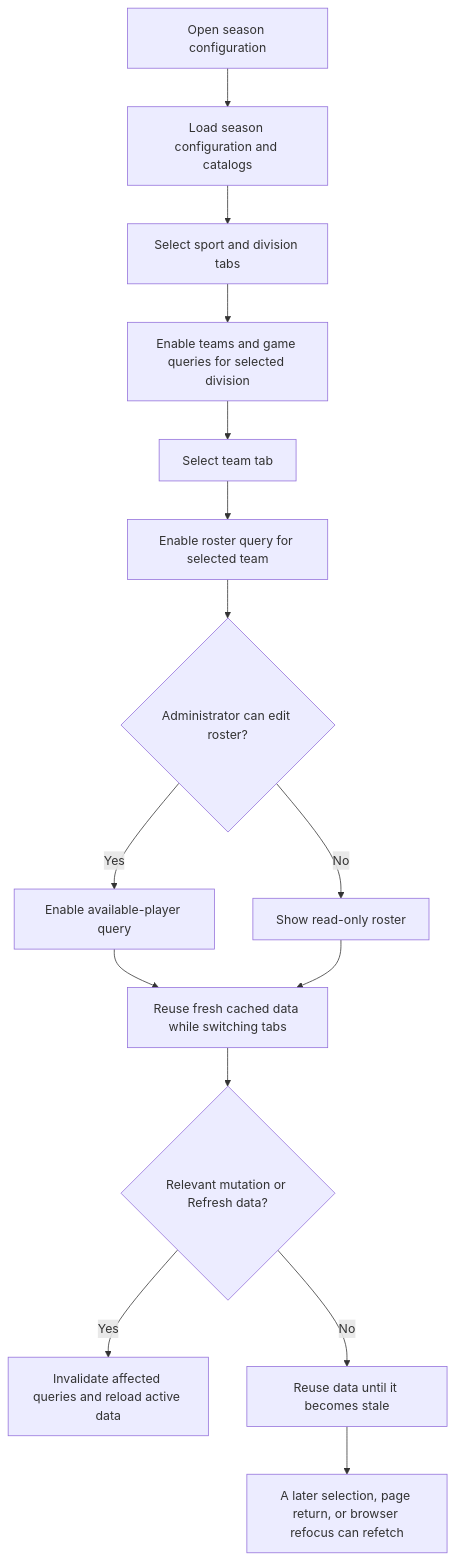
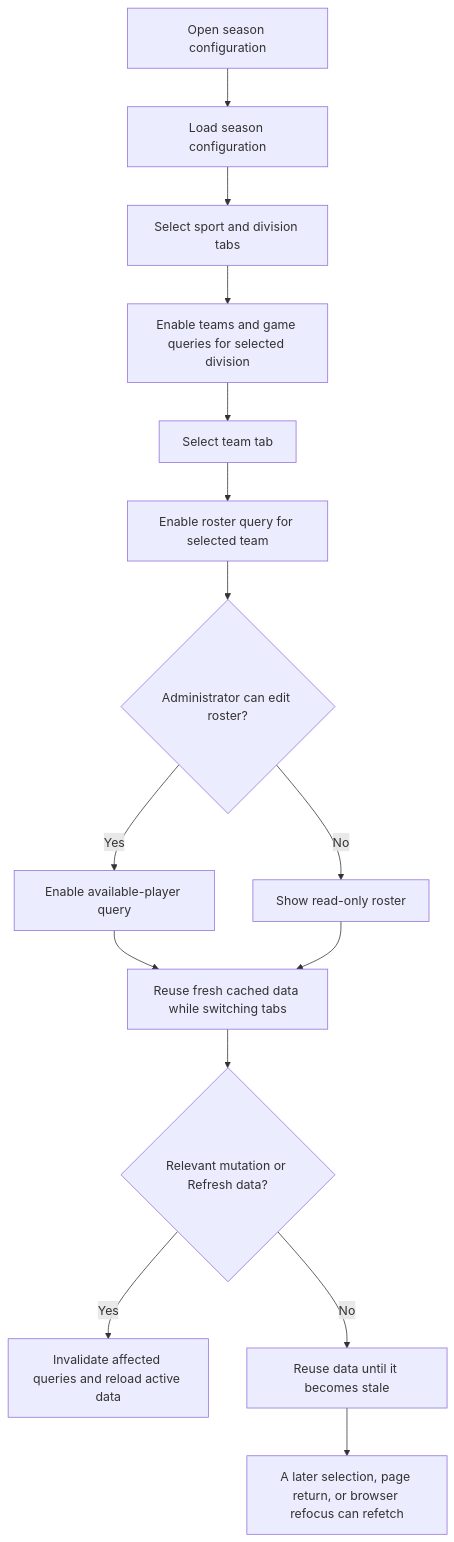
One commit to inamonanymous/BarangayLeagueSystem changed diagram 17 of 19 in docs/diagrams/system-feature-flowcharts.md. Above: the diagram before and after it, drawn with Mermaid. The commit also changed other lines of this file and 108 other files, not shown here.

````diff
--- a/docs/diagrams/system-feature-flowcharts.md
+++ b/docs/diagrams/system-feature-flowcharts.md
@@ -409,17 +406,17 @@
 ```mermaid
 flowchart TD
-    A["Open season configuration"] --> B["Load season configuration and catalogs"]
+    A["Open season configuration"] --> B["Load season configuration"]
     B --> C["Select sport and division tabs"]
     C --> D["Enable teams and game queries for selected division"]
     D --> E["Select team tab"]
     E --> F["Enable roster query for selected team"]
     F --> G{"Administrator can edit roster?"}
     G -->|"Yes"| H["Enable available-player query"]
     G -->|"No"| I["Show read-only roster"]
     H --> J["Reuse fresh cached data while switching tabs"]
     I --> J
     J --> K{"Relevant mutation or Refresh data?"}
     K -->|"Yes"| L["Invalidate affected queries and reload active data"]
     K -->|"No"| M["Reuse data until it becomes stale"]
     M --> N["A later selection, page return, or browser refocus can refetch"]
 ```
````
